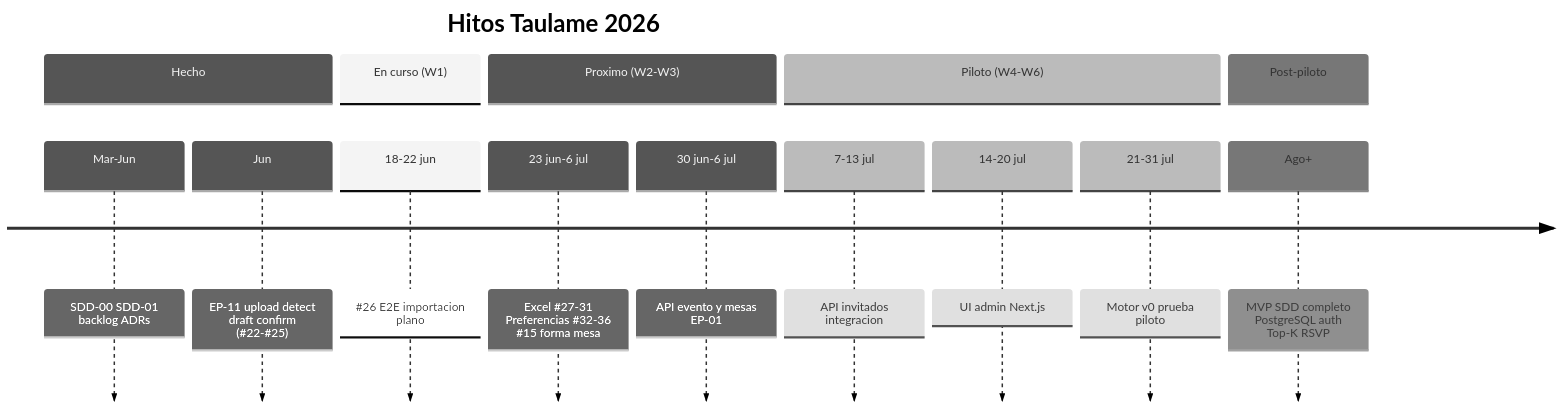
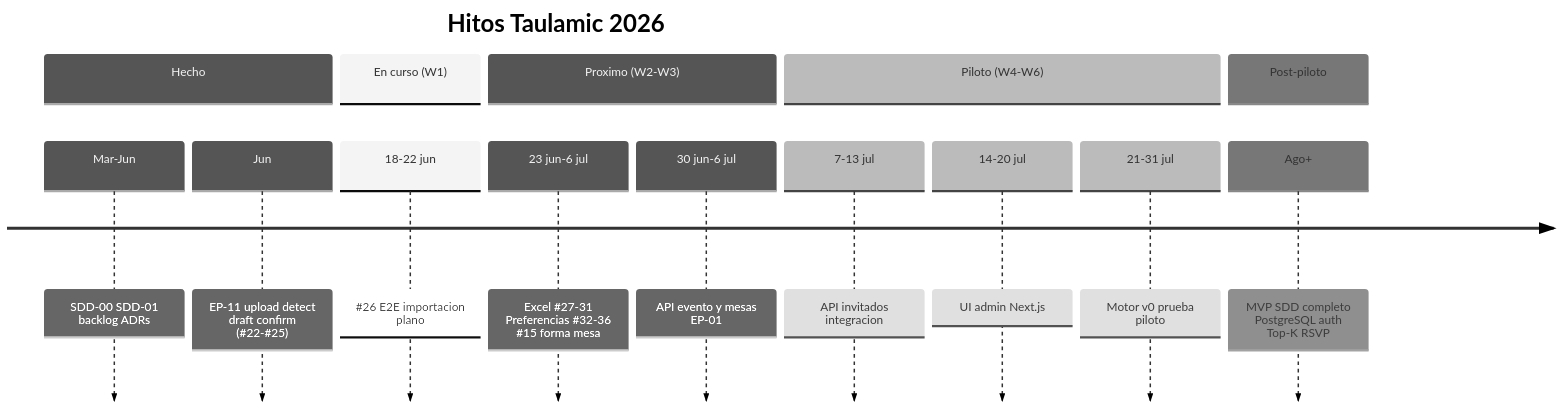
Before and after one commit to quintasc/taulamic: the second of 3 diagrams in docs/agile/roadmap-mvp-julio.md, drawn with Mermaid (neutral theme). The commit also changed other lines of this file and 23 other files, not shown here.

First line of the commit message:
chore: rebrand producto y repo Taulame → Taulamic

````diff
--- a/docs/agile/roadmap-mvp-julio.md
+++ b/docs/agile/roadmap-mvp-julio.md
@@ -77,18 +77,18 @@
 ```mermaid
 timeline
-    title Hitos Taulame 2026
+    title Hitos Taulamic 2026
     section Hecho
         Mar-Jun : SDD-00 SDD-01 backlog ADRs
         Jun : EP-11 upload detect draft confirm (#22-#25)
     section En curso (W1)
         18-22 jun : #26 E2E importacion plano
     section Proximo (W2-W3)
         23 jun-6 jul : Excel #27-31 Preferencias #32-36 #15 forma mesa
         30 jun-6 jul : API evento y mesas EP-01
     section Piloto (W4-W6)
         7-13 jul : API invitados integracion
         14-20 jul : UI admin Next.js
         21-31 jul : Motor v0 prueba piloto
     section Post-piloto
         Ago+ : MVP SDD completo PostgreSQL auth Top-K RSVP
 ```
````
